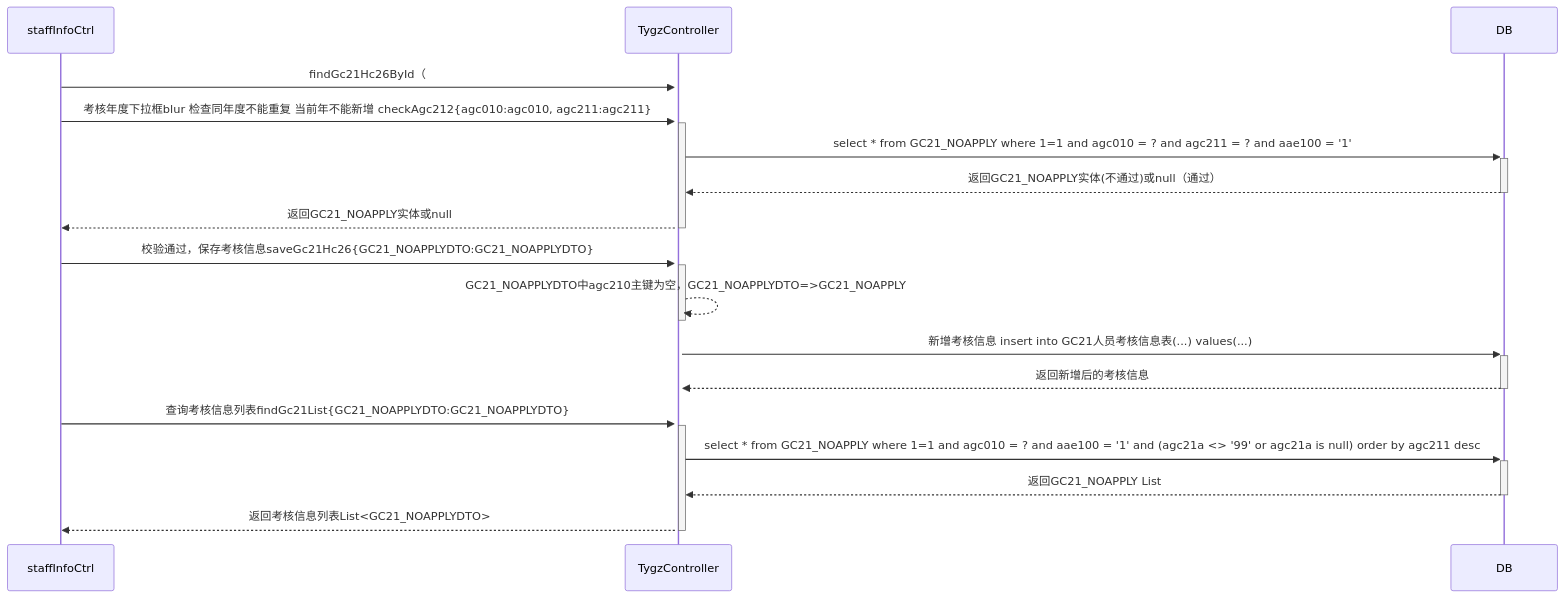
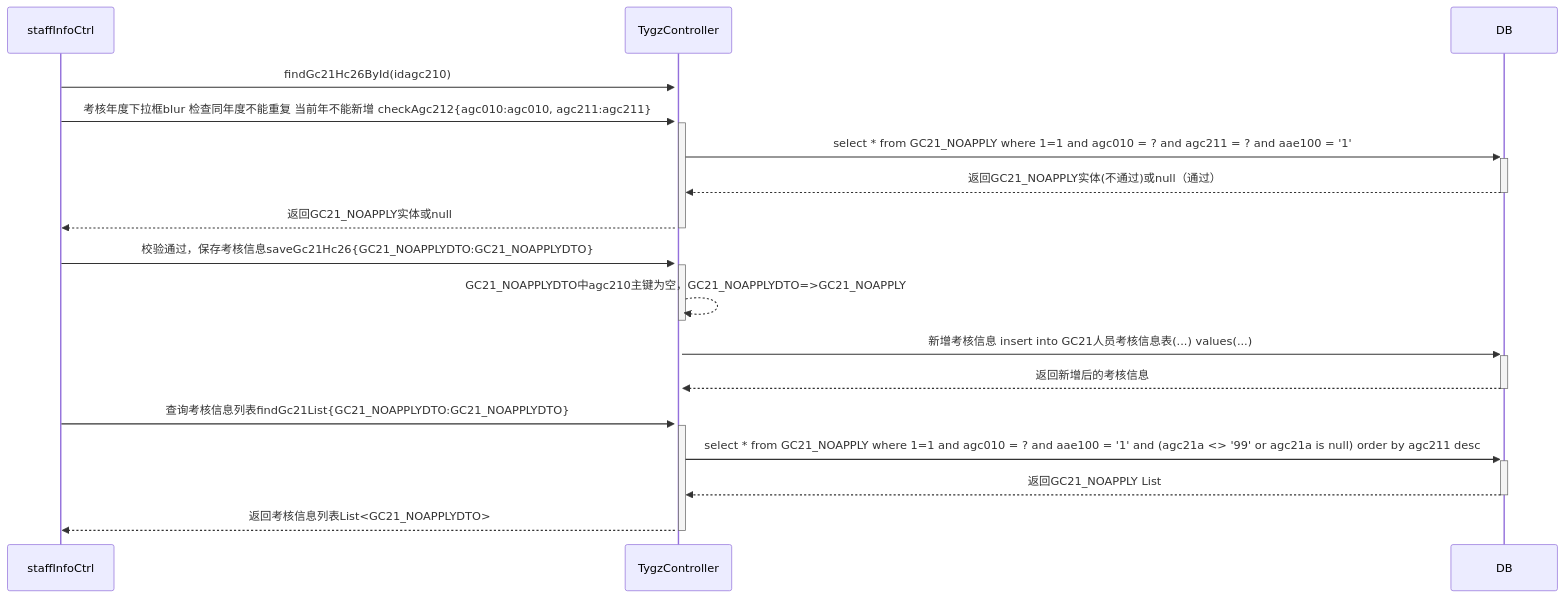
Before and after one commit to ZhangJianBeiJing/iodraw-files: the diagram in all/人员考核信息修改按钮的调用业务流程.md, drawn with Mermaid.

Commit message:
2025-03-26 09:57:34 update

````diff
--- a/all/人员考核信息修改按钮的调用业务流程.md
+++ b/all/人员考核信息修改按钮的调用业务流程.md
@@ -1,18 +1,18 @@
 ```mermaid
 sequenceDiagram
 
-    staffInfoCtrl->>+TygzController:findGc21Hc26ById（
+    staffInfoCtrl->>+TygzController:findGc21Hc26ById(idagc210)
     staffInfoCtrl->>+TygzController:考核年度下拉框blur 检查同年度不能重复 当前年不能新增 checkAgc212{agc010:agc010, agc211:agc211}
     TygzController->>+DB:select * from GC21_NOAPPLY where 1=1 and agc010 = ? and agc211 = ? and aae100 = '1'
     DB-->>-TygzController:返回GC21_NOAPPLY实体(不通过)或null（通过）
     TygzController-->>-staffInfoCtrl:返回GC21_NOAPPLY实体或null
 
     staffInfoCtrl->>+TygzController:校验通过，保存考核信息saveGc21Hc26{GC21_NOAPPLYDTO:GC21_NOAPPLYDTO}
     TygzController-->>-TygzController:GC21_NOAPPLYDTO中agc210主键为空，GC21_NOAPPLYDTO=>GC21_NOAPPLY
     TygzController->>+DB:新增考核信息 insert into GC21人员考核信息表(...) values(...)
     DB-->>-TygzController:返回新增后的考核信息
     staffInfoCtrl->>+TygzController:查询考核信息列表findGc21List{GC21_NOAPPLYDTO:GC21_NOAPPLYDTO}
     TygzController->>+DB:select * from GC21_NOAPPLY where 1=1 and agc010 = ? and aae100 = '1' and (agc21a <> '99' or agc21a is null) order by agc211 desc
     DB-->>-TygzController:返回GC21_NOAPPLY List
     TygzController-->>-staffInfoCtrl:返回考核信息列表List<GC21_NOAPPLYDTO>
 ```
````
